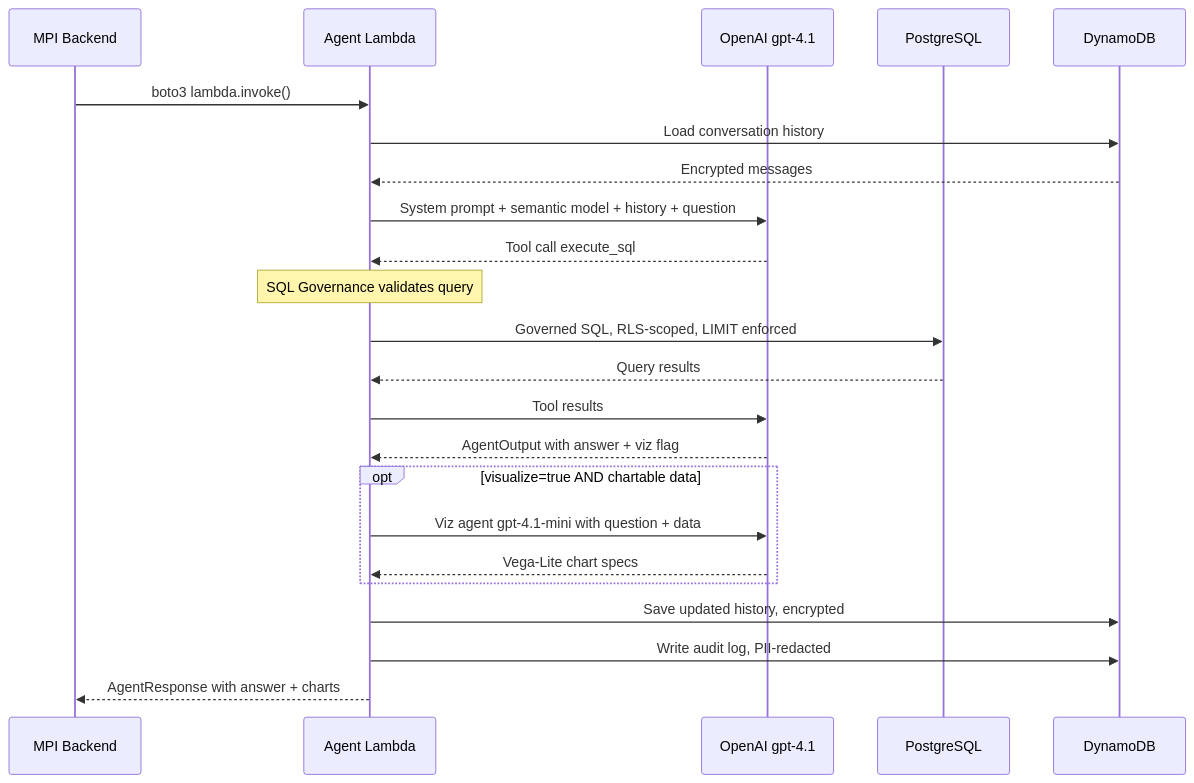
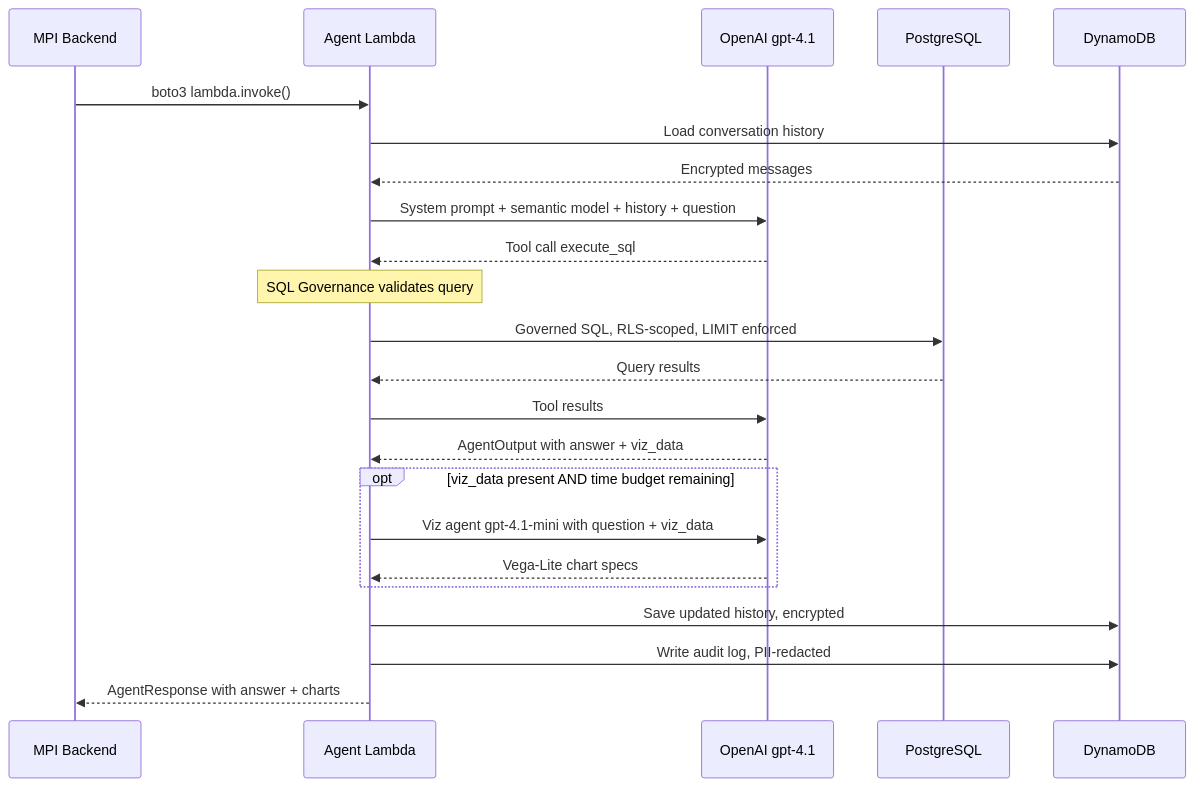
The second of 2 diagrams in README.md (maxibove13/finance-query-agent), drawn with Mermaid before and after one commit. The commit also changed other lines of this file, not shown here.

Commit message:
docs: update README diagrams and semantic model section (#29)
- Fix mermaid rendering: remove HTML tags, bidirectional arrows,
  parentheses in labels, style directives, and >= in opt blocks
- Update request lifecycle to reflect viz_data-driven visualization
  instead of removed visualize=true flag
- Remove stale "filters" reference from semantic model description
- Clarify business rules description

````diff
--- a/README.md
+++ b/README.md
@@ -61,32 +61,32 @@
 ```mermaid
 sequenceDiagram
     participant Client as MPI Backend
     participant Lambda as Agent Lambda
     participant LLM as OpenAI gpt-4.1
     participant PG as PostgreSQL
     participant Dynamo as DynamoDB
 
     Client->>Lambda: boto3 lambda.invoke()
 
     Lambda->>Dynamo: Load conversation history
     Dynamo-->>Lambda: Encrypted messages
 
     Lambda->>LLM: System prompt + semantic model + history + question
     LLM-->>Lambda: Tool call execute_sql
 
     Note over Lambda: SQL Governance validates query
     Lambda->>PG: Governed SQL, RLS-scoped, LIMIT enforced
     PG-->>Lambda: Query results
 
     Lambda->>LLM: Tool results
-    LLM-->>Lambda: AgentOutput with answer + viz flag
+    LLM-->>Lambda: AgentOutput with answer + viz_data
 
-    opt visualize=true AND chartable data
-        Lambda->>LLM: Viz agent gpt-4.1-mini with question + data
+    opt viz_data present AND time budget remaining
+        Lambda->>LLM: Viz agent gpt-4.1-mini with question + viz_data
         LLM-->>Lambda: Vega-Lite chart specs
     end
 
     Lambda->>Dynamo: Save updated history, encrypted
     Lambda->>Dynamo: Write audit log, PII-redacted
     Lambda-->>Client: AgentResponse with answer + charts
 ```
````
